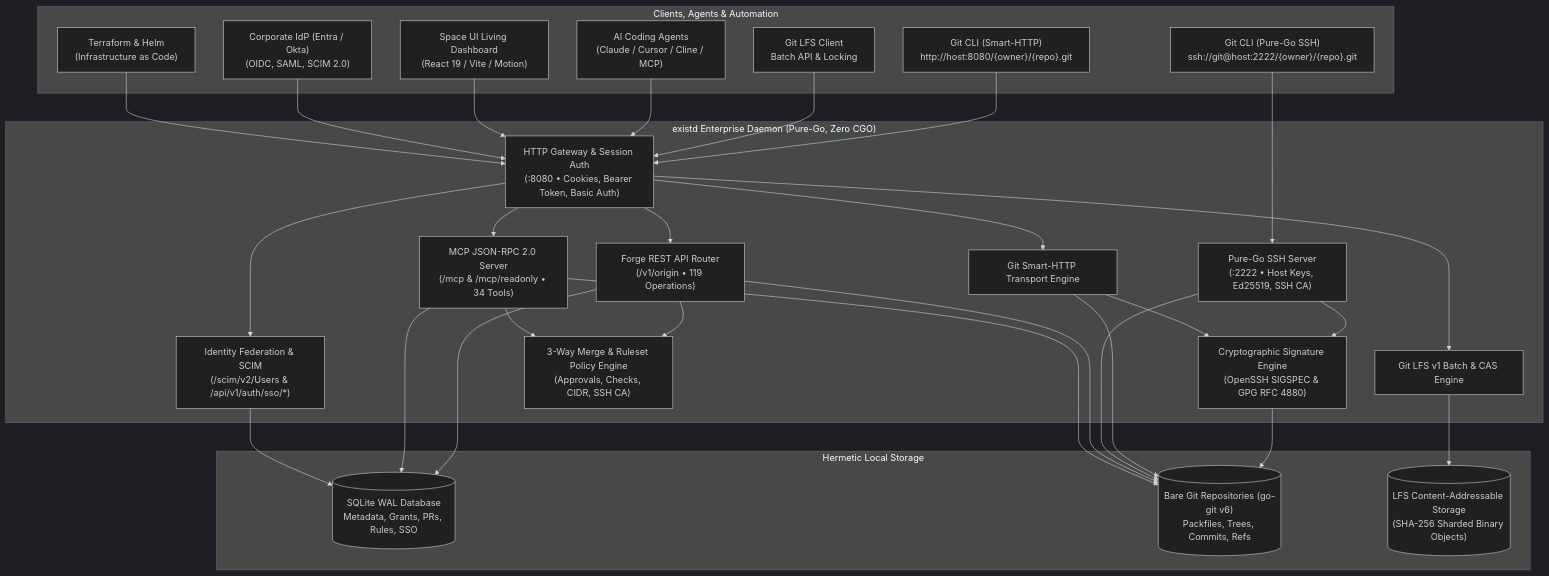
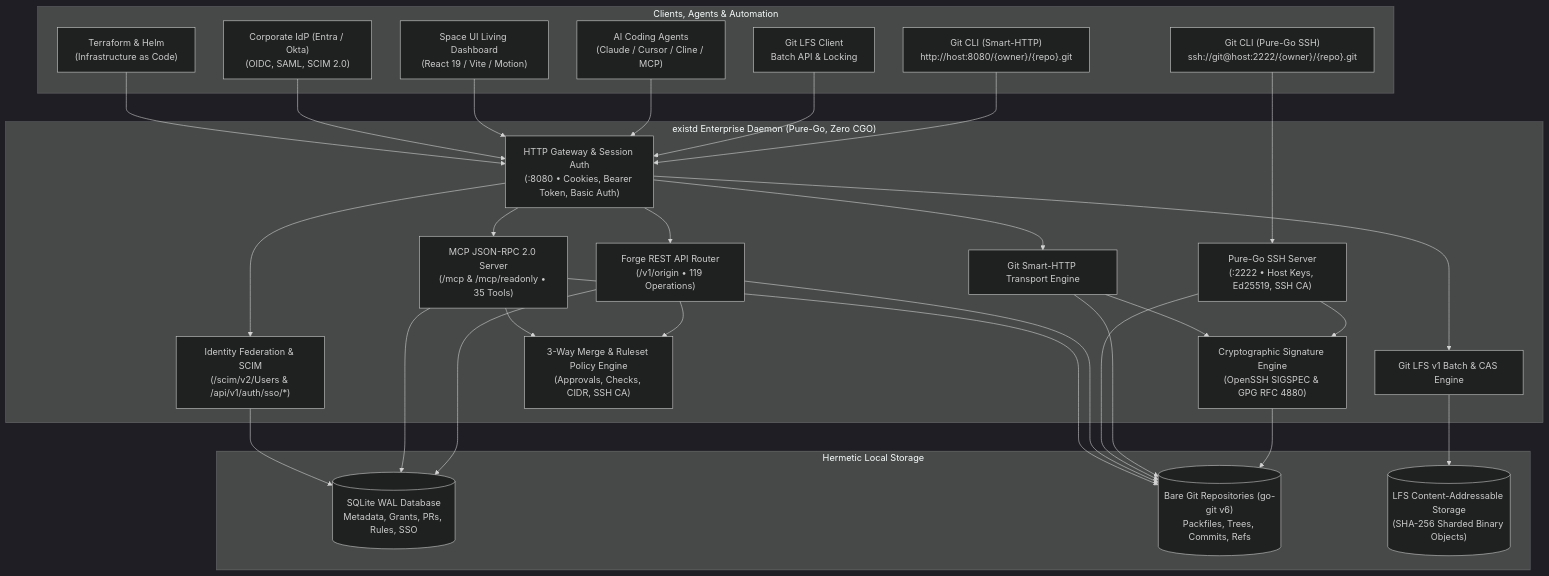
One commit to RavaniRoshan/exist.io changed the diagram in README.md. Above: the diagram before and after it, drawn with Mermaid (dark theme). The commit also changed other lines of this file and 1 other file, not shown here.

Commit message:
docs: launch-ready README — website link, hero screenshot, quickstart above fold, fix stale MCP/test counts

````diff
--- a/README.md
+++ b/README.md
@@ -115,60 +123,60 @@
 ```mermaid
 flowchart TD
     subgraph Clients["Clients, Agents & Automation"]
         GitHTTP["Git CLI (Smart-HTTP)<br/>http://host:8080/{owner}/{repo}.git"]
         GitSSH["Git CLI (Pure-Go SSH)<br/>ssh://git@host:2222/{owner}/{repo}.git"]
         GitLFS["Git LFS Client<br/>Batch API & Locking"]
         Agent["AI Coding Agents<br/>(Claude / Cursor / Cline / MCP)"]
         WebUI["Space UI Living Dashboard<br/>(React 19 / Vite / Motion)"]
         IdP["Corporate IdP (Entra / Okta)<br/>(OIDC, SAML, SCIM 2.0)"]
         IaC["Terraform & Helm<br/>(Infrastructure as Code)"]
     end
 
     subgraph Daemon["existd Enterprise Daemon (Pure-Go, Zero CGO)"]
         HTTPGateway["HTTP Gateway & Session Auth<br/>(:8080 • Cookies, Bearer Token, Basic Auth)"]
         SSHServer["Pure-Go SSH Server<br/>(:2222 • Host Keys, Ed25519, SSH CA)"]
         SmartHTTP["Git Smart-HTTP Transport Engine"]
         LFSEngine["Git LFS v1 Batch & CAS Engine"]
         SigEngine["Cryptographic Signature Engine<br/>(OpenSSH SIGSPEC & GPG RFC 4880)"]
-        MCPServer["MCP JSON-RPC 2.0 Server<br/>(/mcp & /mcp/readonly • 34 Tools)"]
+        MCPServer["MCP JSON-RPC 2.0 Server<br/>(/mcp & /mcp/readonly • 35 Tools)"]
         RESTRouter["Forge REST API Router<br/>(/v1/origin • 119 Operations)"]
         Federation["Identity Federation & SCIM<br/>(/scim/v2/Users & /api/v1/auth/sso/*)"]
         PolicyEngine["3-Way Merge & Ruleset Policy Engine<br/>(Approvals, Checks, CIDR, SSH CA)"]
     end
 
     subgraph Storage["Hermetic Local Storage"]
         MetaDB[("SQLite WAL Database<br/>Metadata, Grants, PRs, Rules, SSO")]
         GitRepo[("Bare Git Repositories (go-git v6)<br/>Packfiles, Trees, Commits, Refs")]
         LFSCAS[("LFS Content-Addressable Storage<br/>(SHA-256 Sharded Binary Objects)")]
     end
 
     GitHTTP --> HTTPGateway
     GitSSH --> SSHServer
     GitLFS --> HTTPGateway
     Agent --> HTTPGateway
     WebUI --> HTTPGateway
     IdP --> HTTPGateway
     IaC --> HTTPGateway
 
     HTTPGateway --> SmartHTTP
     HTTPGateway --> LFSEngine
     HTTPGateway --> MCPServer
     HTTPGateway --> RESTRouter
     HTTPGateway --> Federation
 
     SSHServer --> SigEngine
     SmartHTTP --> SigEngine
     SigEngine --> GitRepo
     LFSEngine --> LFSCAS
 
     RESTRouter --> PolicyEngine
     MCPServer --> PolicyEngine
 
     SmartHTTP --> GitRepo
     SSHServer --> GitRepo
     RESTRouter --> GitRepo
     RESTRouter --> MetaDB
     MCPServer --> GitRepo
     MCPServer --> MetaDB
     Federation --> MetaDB
 ```
````
